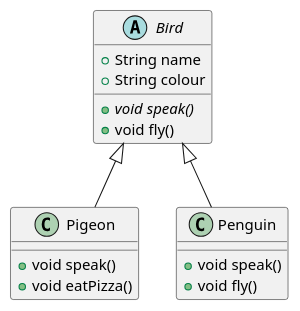
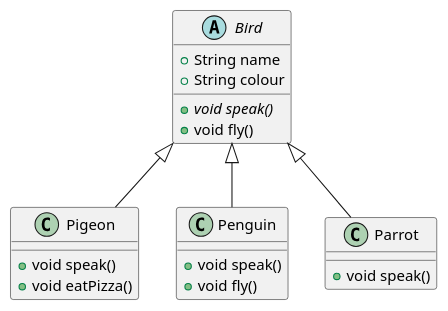
One commit to Deepana-n/introduction-to-oop-project changed the diagram in solutions/activity_4/Exercise_4.3.puml. Above: the diagram before and after it, drawn with PlantUML. The commit also changed 8 other files, not shown here.

```diff
--- a/solutions/activity_4/Exercise_4.3.puml
+++ b/solutions/activity_4/Exercise_4.3.puml
@@ -1,26 +1,31 @@
 @startuml
 'https://plantuml.com/class-diagram
 
 Bird <|-- Pigeon
 Bird <|-- Penguin
+Bird <|-- Parrot
 
 abstract class Bird {
 +String name
 +String colour
 {abstract}+void speak()
 +void fly()
 }
 
 class Pigeon{
 +void speak()
 +void eatPizza()
 }
 
 class Penguin{
 +void speak()
 +void fly()
 }
 
+class Parrot{
++void speak()
+}
+
 
 
 @enduml
```
